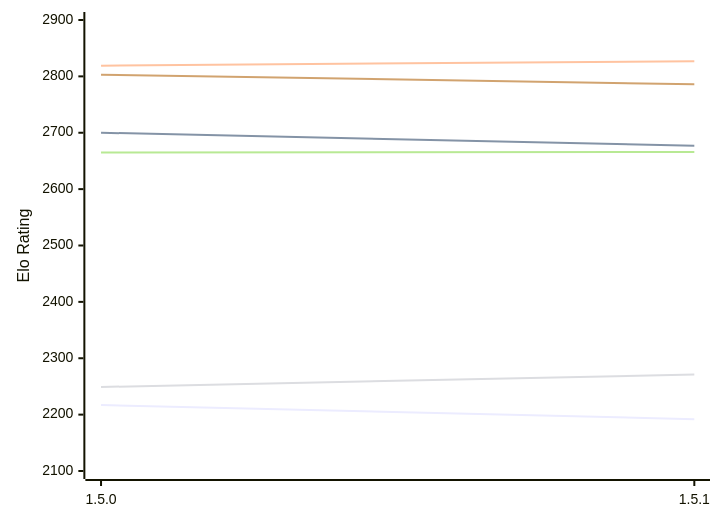
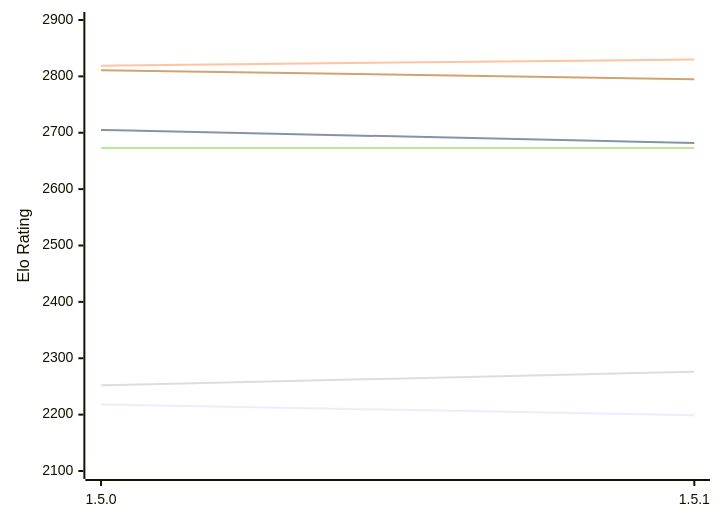
Before and after one commit to computer-chess-index/cci: the first of 2 diagrams in engines/Coco.md, drawn with Mermaid. The commit also changed other lines of this file, not shown here.

Commit message:
Update CCI Ratings (ELO VLTC) - 2026-11-25

````diff
--- a/engines/Coco.md
+++ b/engines/Coco.md
@@ -50,12 +50,12 @@
 ```mermaid
 %%{init: {"theme":"base","themeVariables":{"seriesColors:['#a3a3a3','#222221','#faa371']}}}%%
 xychart-beta
   x-axis ["1.5.0", "1.5.1"]
   y-axis "Elo Rating" 2100 --> 2900
-  line "E1: STC (8.0+0.08s)" [2217, 2192]
-  line "E1: LTC (60.0+0.60s)" [2700, 2677]
-  line "E1: VLTC (2m24s+1.12s)" [2819, 2827]
-  line "P1: STC (8.0+0.08s)" [2249, 2271]
-  line "P1: LTC (60.0+0.60s)" [2665, 2666]
-  line "P1: VLTC (2m24s+1.12s)" [2803, 2786]
+  line "E1: STC (8.0+0.08s)" [2218, 2199]
+  line "E1: LTC (60.0+0.60s)" [2705, 2682]
+  line "E1: VLTC (2m24s+1.12s)" [2819, 2830]
+  line "P1: STC (8.0+0.08s)" [2252, 2276]
+  line "P1: LTC (60.0+0.60s)" [2673, 2673]
+  line "P1: VLTC (2m24s+1.12s)" [2811, 2795]
 ```
````
